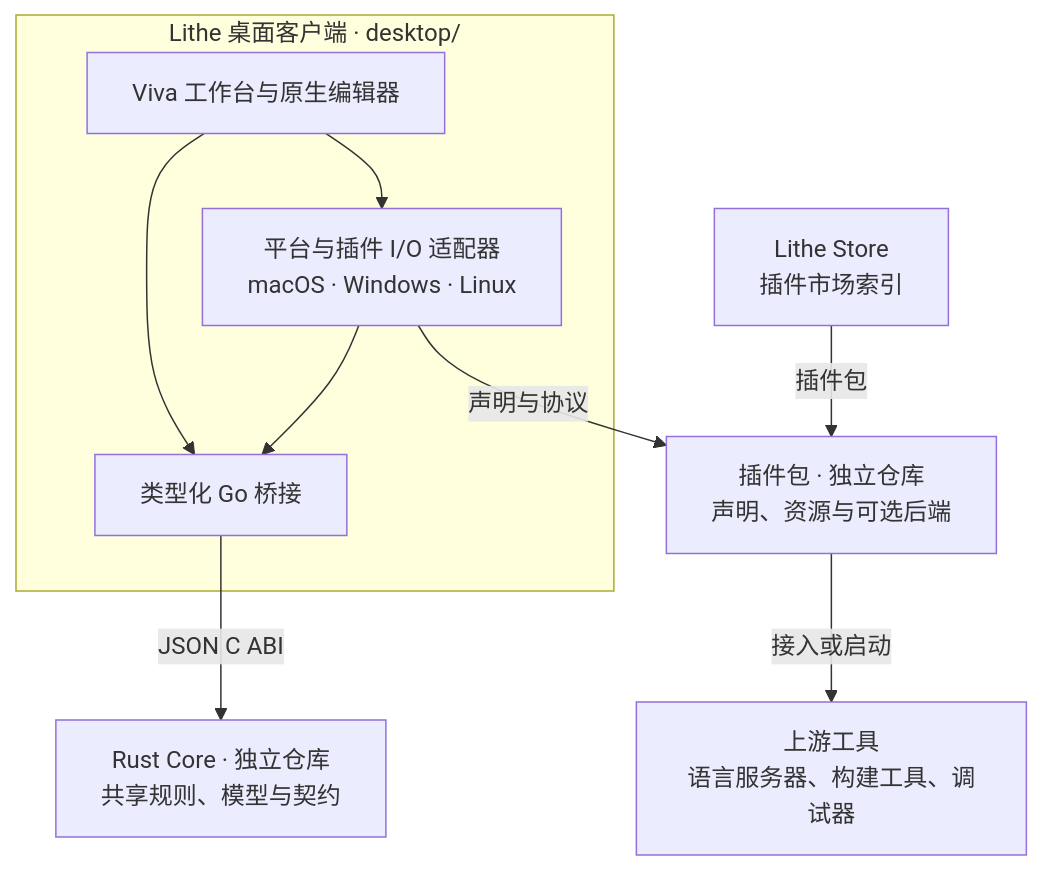
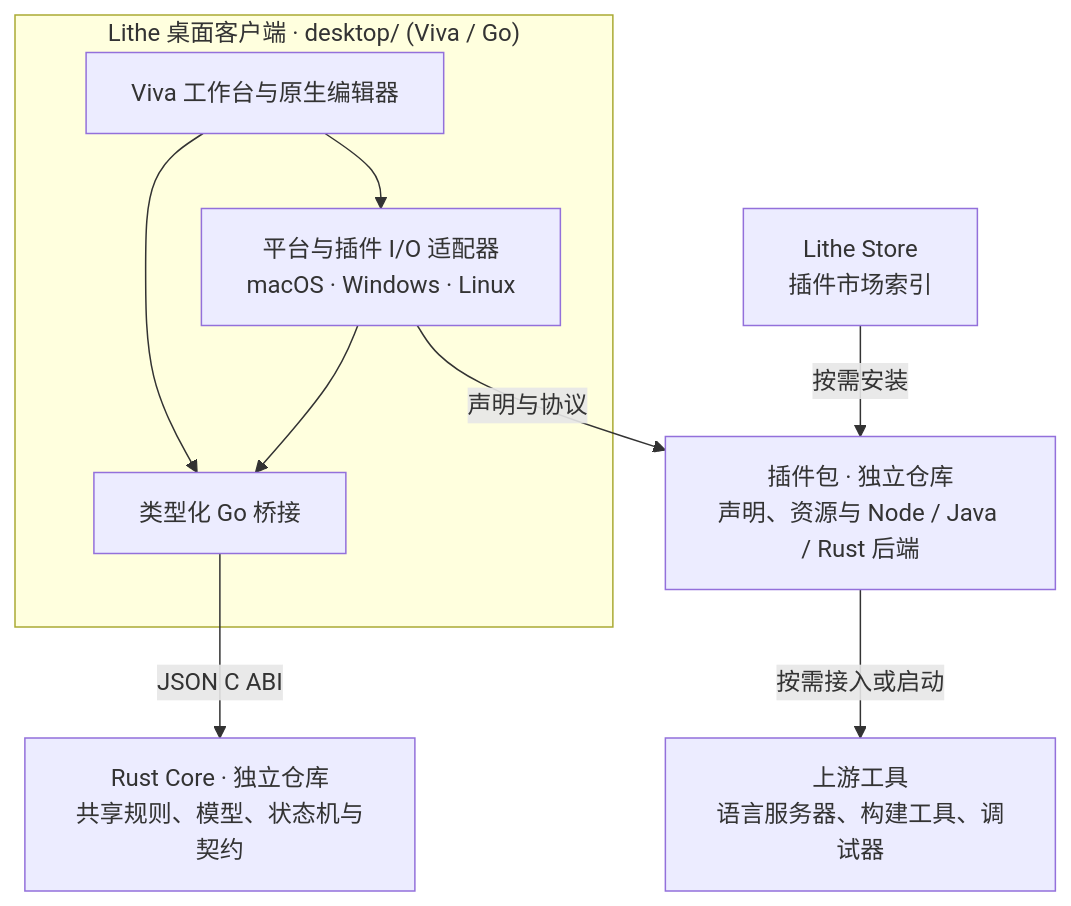
Before and after one commit to 1lck/Lithe-IDEA: the diagram in README.zh-CN.md, drawn with Mermaid. The commit also changed other lines of this file and 1 other file, not shown here.

Commit message:
docs: 重构并精简 README，突出 Viva + Rust Core 架构与最新基准数据

````diff
--- a/README.zh-CN.md
+++ b/README.zh-CN.md
@@ -202,24 +82,24 @@
 ```mermaid
 flowchart TB
     accTitle: Lithe 桌面架构与插件边界
     accDescr: Viva 客户端通过 Go 桥接调用 Rust Core，并通过平台适配器接入独立分发的插件与上游工具。
 
-    subgraph desktop_client["Lithe 桌面客户端 · desktop/"]
+    subgraph desktop_client["Lithe 桌面客户端 · desktop/ (Viva / Go)"]
         workbench["Viva 工作台与原生编辑器"]
         core_bridge["类型化 Go 桥接"]
         native_adapters["平台与插件 I/O 适配器<br/>macOS · Windows · Linux"]
         workbench --> core_bridge
         workbench --> native_adapters
         native_adapters --> core_bridge
     end
 
-    rust_core["Rust Core · 独立仓库<br/>共享规则、模型与契约"]
+    rust_core["Rust Core · 独立仓库<br/>共享规则、模型、状态机与契约"]
     marketplace["Lithe Store<br/>插件市场索引"]
-    plugin_packages["插件包 · 独立仓库<br/>声明、资源与可选后端"]
+    plugin_packages["插件包 · 独立仓库<br/>声明、资源与 Node / Java / Rust 后端"]
     upstream_tools["上游工具<br/>语言服务器、构建工具、调试器"]
 
     core_bridge -->|JSON C ABI| rust_core
-    marketplace -->|插件包| plugin_packages
+    marketplace -->|按需安装| plugin_packages
     native_adapters -->|声明与协议| plugin_packages
-    plugin_packages -->|接入或启动| upstream_tools
+    plugin_packages -->|按需接入或启动| upstream_tools
 ```
````
